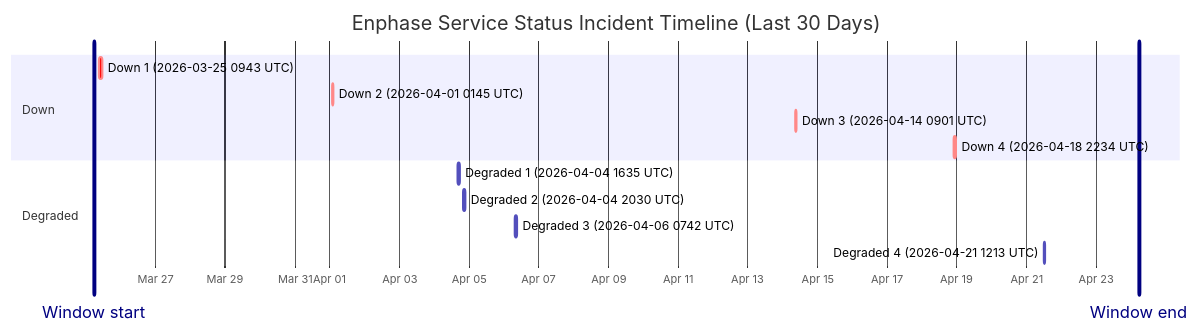
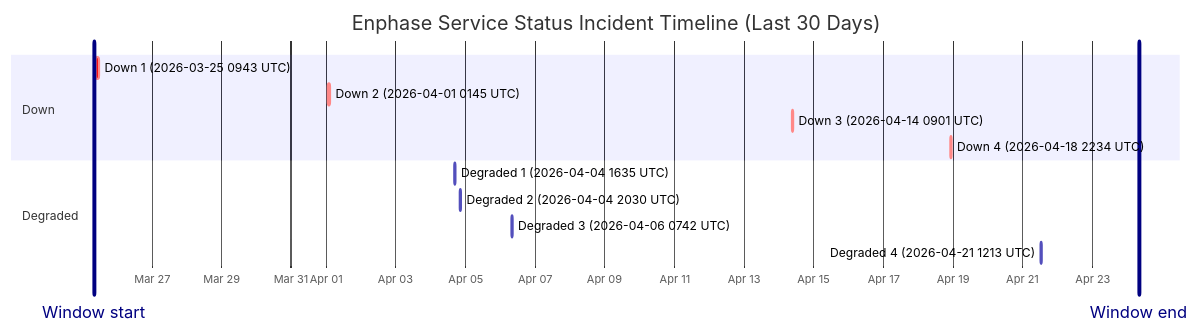
Before and after one commit to barneyonline/ha-enphase-ev-charger: the diagram in wiki/Service-Status-History.md, drawn with Mermaid. The commit also changed other lines of this file and 3 other files, not shown here.

````diff
--- a/wiki/Service-Status-History.md
+++ b/wiki/Service-Status-History.md
@@ -14,18 +14,18 @@
 ```mermaid
 gantt
     title Enphase Service Status Incident Timeline (Last 30 Days)
     dateFormat  YYYY-MM-DDTHH:mm:ss
     axisFormat  %b %d
-    Window start :vert, window-start, 2026-03-25T05:34:40, 0ms
-    Window end :vert, window-end, 2026-04-24T05:34:40, 0ms
+    Window start :vert, window-start, 2026-03-25T08:02:01, 0ms
+    Window end :vert, window-end, 2026-04-24T08:02:01, 0ms
     section Down
     Down 1 (2026-03-25 0943 UTC) :crit, down-1, 2026-03-25T09:43:28, 111m
     Down 2 (2026-04-01 0145 UTC) :crit, down-2, 2026-04-01T01:45:09, 60m
     Down 3 (2026-04-14 0901 UTC) :crit, down-3, 2026-04-14T09:01:13, 60m
     Down 4 (2026-04-18 2234 UTC) :crit, down-4, 2026-04-18T22:34:13, 60m
     section Degraded
     Degraded 1 (2026-04-04 1635 UTC) :active, degraded-1, 2026-04-04T16:35:17, 60m
     Degraded 2 (2026-04-04 2030 UTC) :active, degraded-2, 2026-04-04T20:30:40, 60m
     Degraded 3 (2026-04-06 0742 UTC) :active, degraded-3, 2026-04-06T07:42:09, 85m
     Degraded 4 (2026-04-21 1213 UTC) :active, degraded-4, 2026-04-21T12:13:11, 60m
 ```
````
